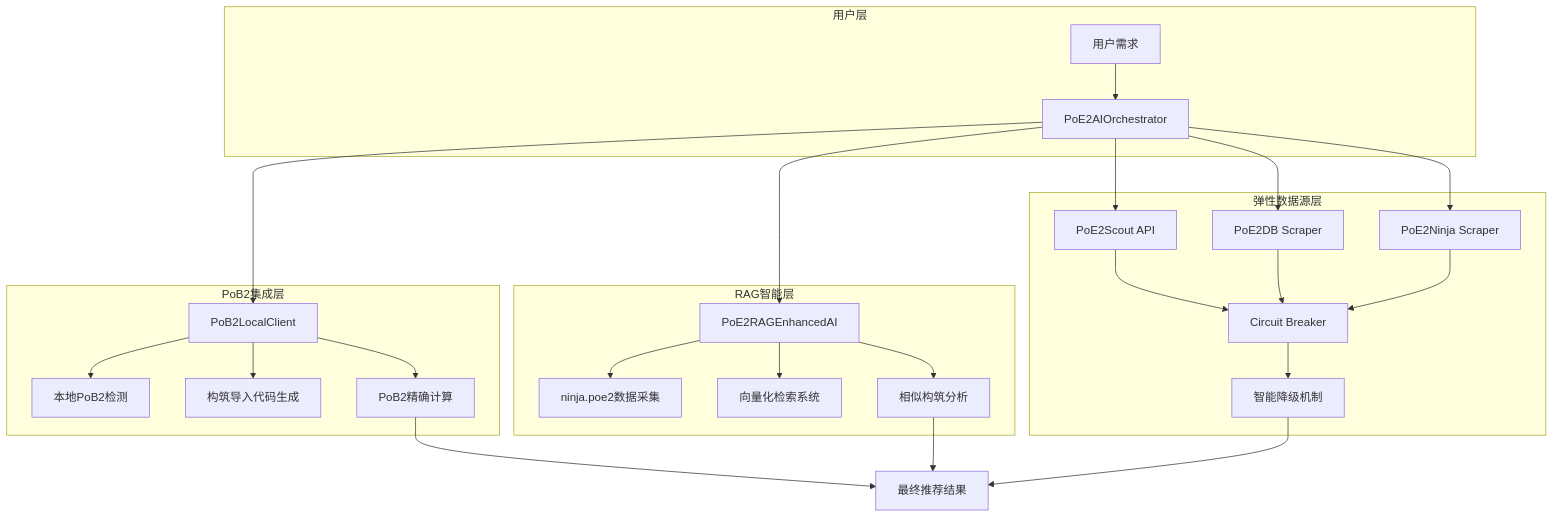
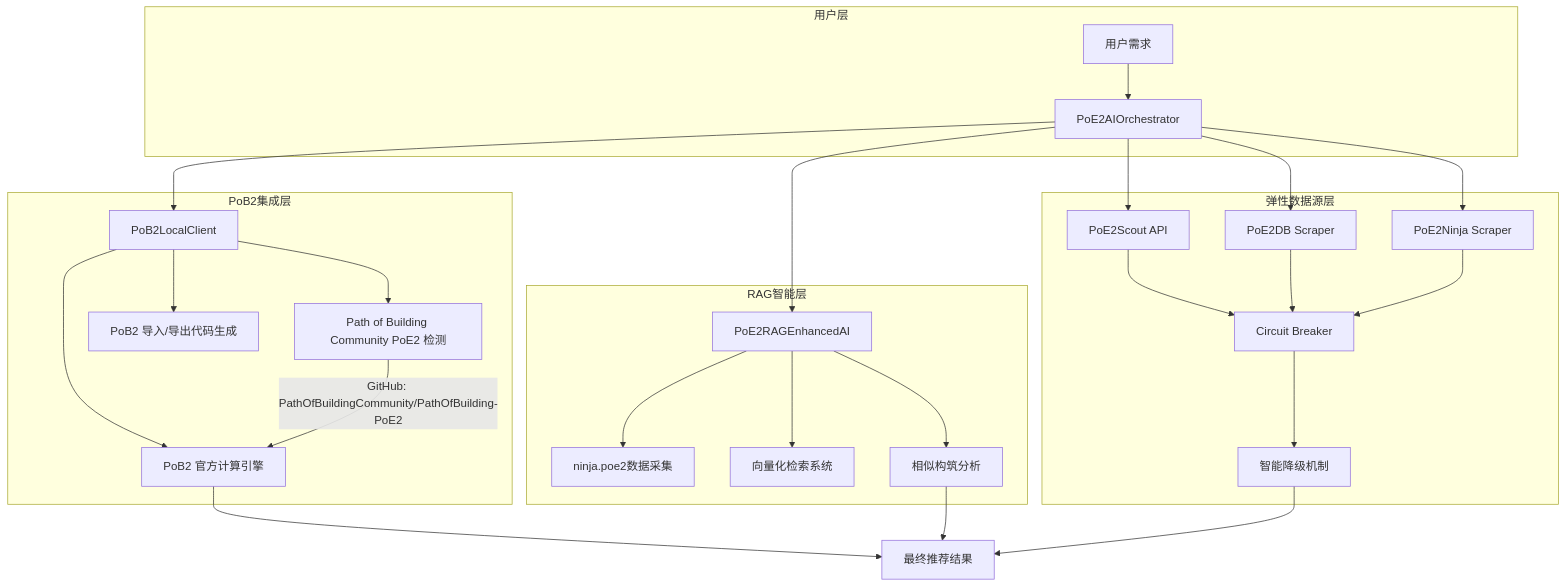
Before and after one commit to zhakil/poe2build: the first of 2 diagrams in README.md, drawn with Mermaid. The commit also changed other lines of this file and 23 other files, not shown here.

````diff
--- a/README.md
+++ b/README.md
@@ -48,34 +48,35 @@
 ```mermaid
 graph TB
     subgraph "用户层"
         A[用户需求] --> B[PoE2AIOrchestrator]
     end
     
     subgraph "PoB2集成层"
         B --> C[PoB2LocalClient]
-        C --> D[本地PoB2检测]
-        C --> E[构筑导入代码生成]
-        C --> F[PoB2精确计算]
+        C --> D["Path of Building Community PoE2 检测"]
+        C --> E["PoB2 导入/导出代码生成"]
+        C --> F["PoB2 官方计算引擎"]
+        D --> |"GitHub: PathOfBuildingCommunity/PathOfBuilding-PoE2"| F
     end
     
     subgraph "RAG智能层"
         B --> G[PoE2RAGEnhancedAI]
         G --> H[ninja.poe2数据采集]
         G --> I[向量化检索系统]
         G --> J[相似构筑分析]
     end
     
     subgraph "弹性数据源层"
         B --> K[PoE2Scout API]
         B --> L[PoE2DB Scraper]
         B --> M[PoE2Ninja Scraper]
         K --> N[Circuit Breaker]
         L --> N
         M --> N
         N --> O[智能降级机制]
     end
     
     F --> P[最终推荐结果]
     J --> P
     O --> P
 ```
````
